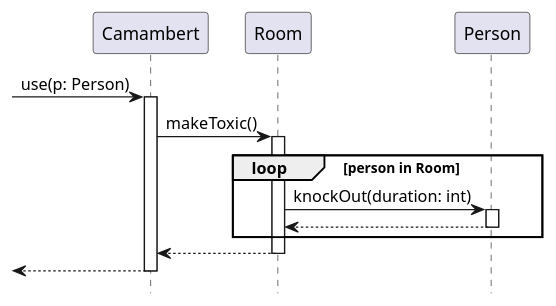
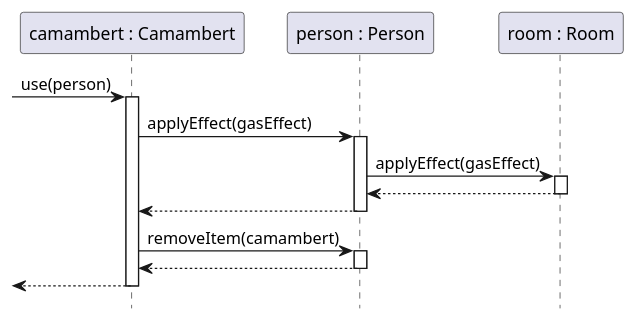
Before and after one commit to sn4k3ch4rm3r/logarlec: the diagram in docs/diagrams/sequence/camambert.puml, drawn with PlantUML. The commit also changed 6 other files, not shown here.

```diff
--- a/docs/diagrams/sequence/camambert.puml
+++ b/docs/diagrams/sequence/camambert.puml
@@ -1,14 +1,18 @@
-@startuml camambert-sequence
+@startuml camambert
 
 hide footbox
+autoactivate on
 
- -> Camambert ++: use(p: Person)
-    Camambert -> Room ++: makeToxic()
-    loop person in Room
-        Room -> Person ++: knockOut(duration: int)
-        Room <-- Person --
-    end
-Camambert <-- Room --
-<-- Camambert --
-	
+participant "camambert : Camambert" as c
+participant "person : Person" as p
+participant "room : Room" as r
+
+[-> c : use(person)
+    c -> p : applyEffect(gasEffect)
+        p -> r : applyEffect(gasEffect)
+        return 
+    return
+    c -> p : removeItem(camambert)
+    return
+return
 @enduml
```
